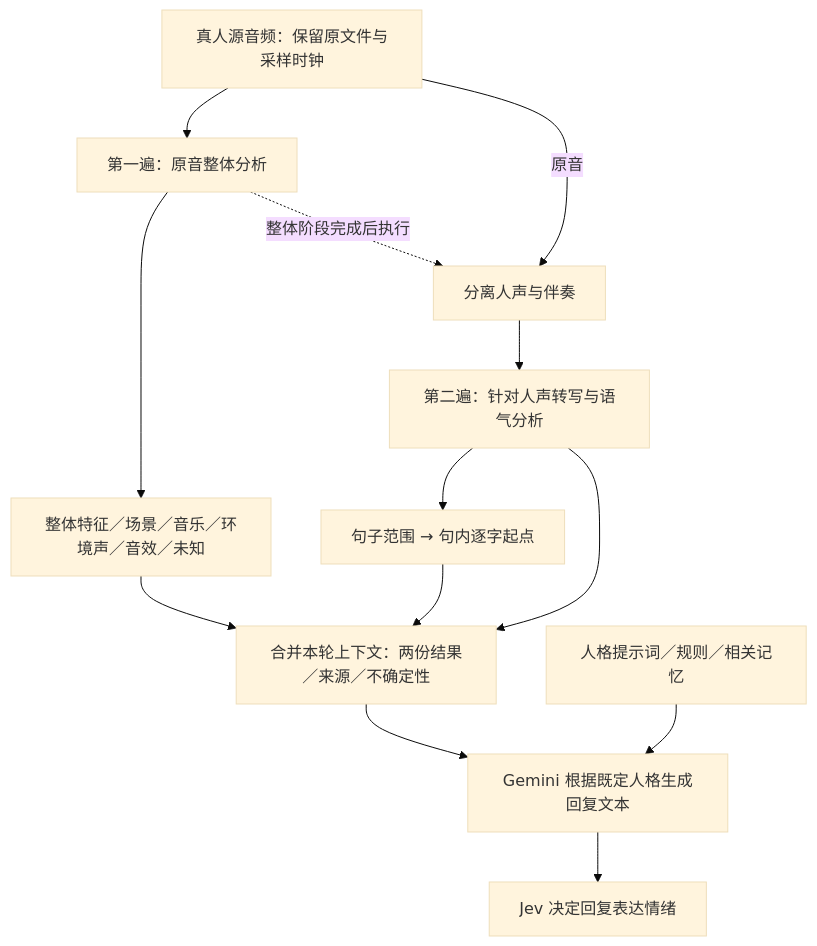
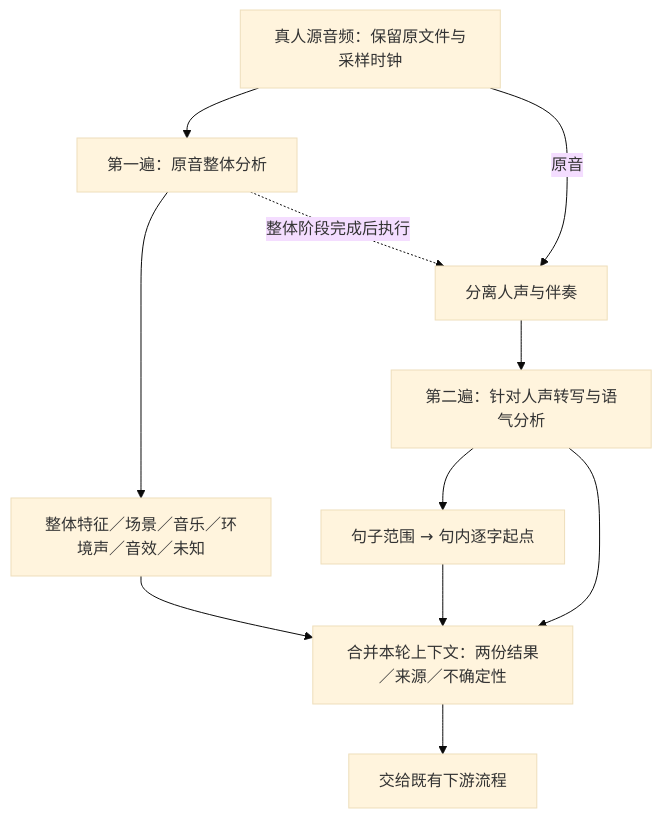
One commit to pellx/mutsumi changed the second of 2 diagrams in voice-system-flow.md. Above: the diagram before and after it, drawn with Mermaid (base theme). The commit also changed other lines of this file, not shown here.

Commit message:
docs: update only audio-to-text section of main flow

````diff
--- a/voice-system-flow.md
+++ b/voice-system-flow.md
@@ -73,15 +78,13 @@
 ```mermaid
 flowchart TD
     A["真人源音频：保留原文件与采样时钟"] --> B["第一遍：原音整体分析"]
     B --> C["整体特征／场景／音乐／环境声／音效／未知"]
     A -->|原音| D["分离人声与伴奏"]
     B -. "整体阶段完成后执行" .-> D
     D --> E["第二遍：针对人声转写与语气分析"]
     E --> F["句子范围 → 句内逐字起点"]
     C --> G["合并本轮上下文：两份结果／来源／不确定性"]
     E --> G
     F --> G
-    G --> H["Gemini 根据既定人格生成回复文本"]
-    P["人格提示词／规则／相关记忆"] --> H
-    H --> J["Jev 决定回复表达情绪"]
+    G --> H["交给既有下游流程"]
 ```
````
